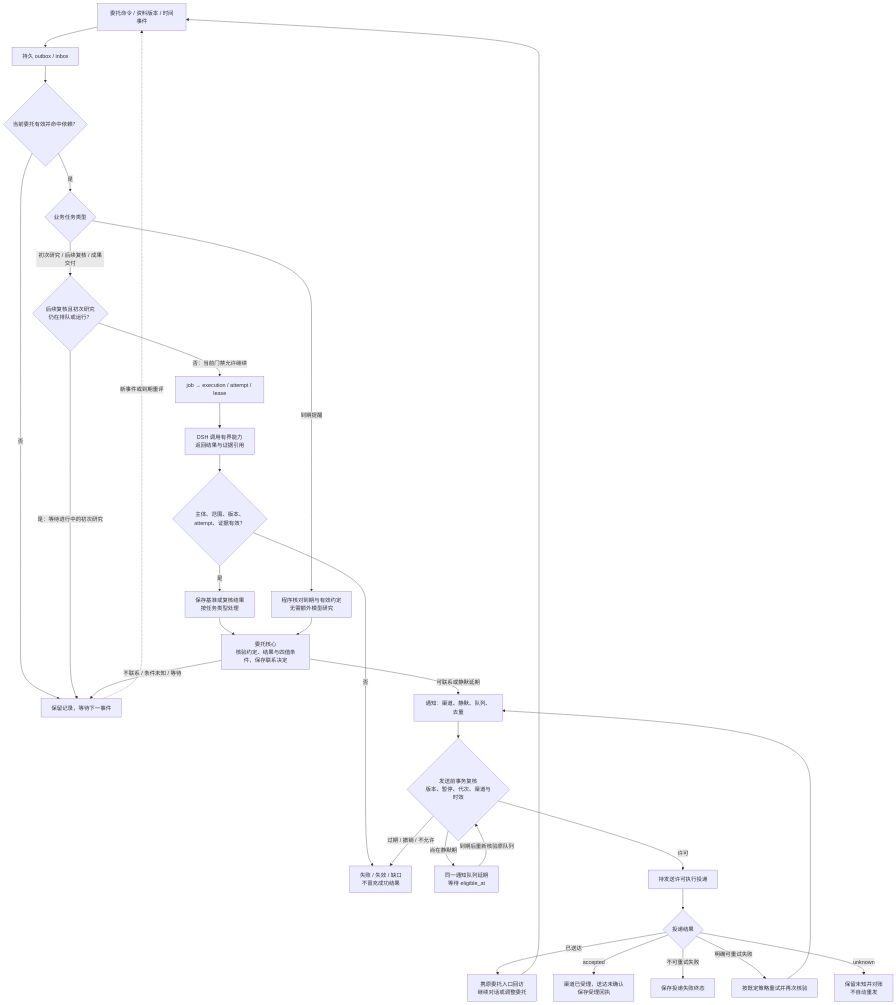
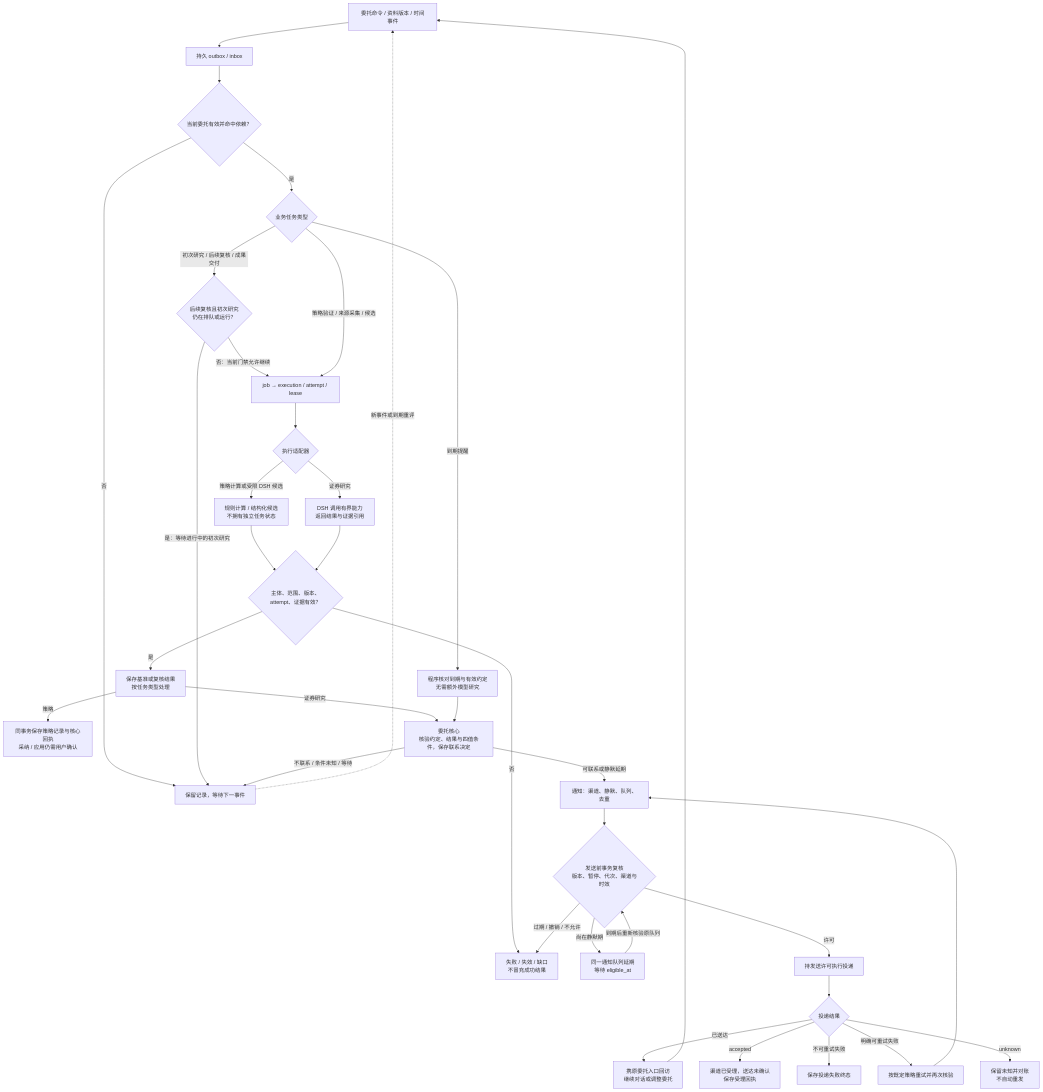
One commit to PABIPRG/investment-research-agent changed the diagram in docs/architecture/background.mmd. Above: the diagram before and after it, drawn with Mermaid. The commit also changed 473 other files, not shown here.

```diff
--- a/docs/architecture/background.mmd
+++ b/docs/architecture/background.mmd
@@ -1,31 +1,36 @@
 flowchart TB
   event["委托命令 / 资料版本 / 时间事件"] --> inbox["持久 outbox / inbox"]
   inbox --> route{"当前委托有效并命中依赖？"}
   route -->|"否"| wait["保留记录，等待下一事件"]
   route -->|"是"| kind{"业务任务类型"}
   kind -->|"到期提醒"| reminder["程序核对到期与有效约定<br/>无需额外模型研究"]
   kind -->|"初次研究 / 后续复核 / 成果交付"| ready{"后续复核且初次研究<br/>仍在排队或运行？"}
   ready -->|"是：等待进行中的初次研究"| wait
   ready -->|"否：当前门禁允许继续"| exec["job → execution / attempt / lease"]
-  exec --> dsh["DSH 调用有界能力<br/>返回结果与证据引用"]
+  kind -->|"策略验证 / 来源采集 / 候选"| exec
+  exec --> adapter{"执行适配器"}
+  adapter -->|"证券研究"| dsh["DSH 调用有界能力<br/>返回结果与证据引用"]
+  adapter -->|"策略计算或受限 DSH 候选"| strategy["规则计算 / 结构化候选<br/>不拥有独立任务状态"]
+  strategy --> admit
   dsh --> admit{"主体、范围、版本、attempt、证据有效？"}
   admit -->|"否"| invalid["失败 / 失效 / 缺口<br/>不冒充成功结果"]
   admit -->|"是"| result["保存基准或复核结果<br/>按任务类型处理"]
-  result --> decide["委托核心<br/>核验约定、结果与四值条件，保存联系决定"]
+  result -->|"策略"| strategySaved["同事务保存策略记录与核心回执<br/>采纳 / 应用仍需用户确认"]
+  result -->|"证券研究"| decide["委托核心<br/>核验约定、结果与四值条件，保存联系决定"]
   reminder --> decide
   decide -->|"不联系 / 条件未知 / 等待"| wait
   decide -->|"可联系或静默延期"| queue["通知：渠道、静默、队列、去重"]
   queue --> gate{"发送前事务复核<br/>版本、暂停、代次、渠道与时效"}
   gate -->|"过期 / 撤销 / 不允许"| invalid
   gate -->|"尚在静默期"| deferred["同一通知队列延期<br/>等待 eligible_at"]
   deferred -->|"到期后重新核验原队列"| gate
   gate -->|"许可"| send["持发送许可执行投递"]
   send --> receipt{"投递结果"}
   receipt -->|"已送达"| visit["携原委托入口回访<br/>继续对话或调整委托"]
   receipt -->|"accepted"| accepted["渠道已受理，送达未确认<br/>保存受理回执"]
   receipt -->|"不可重试失败"| failed["保存投递失败终态"]
   receipt -->|"明确可重试失败"| retry["按既定策略重试并再次核验"]
   retry --> queue
   receipt -->|"unknown"| reconcile["保留未知并对账<br/>不自动重发"]
   visit --> event
   wait -.->|"新事件或到期重评"| event
```
